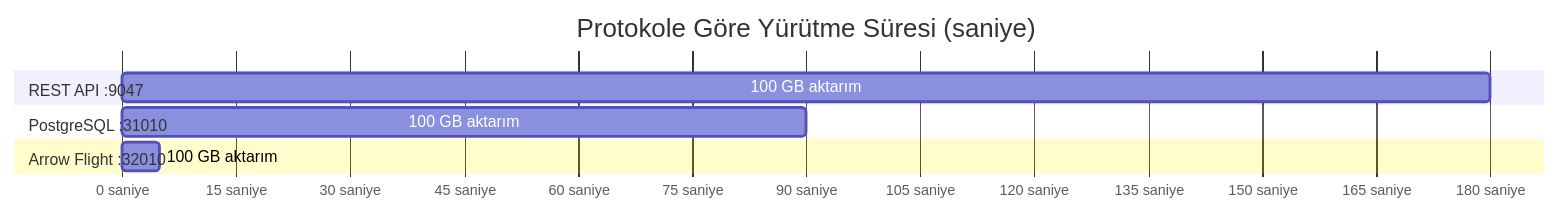
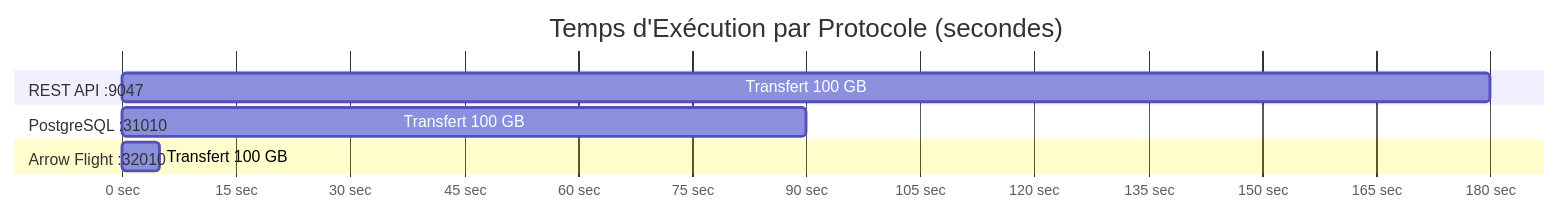
The third of 9 diagrams in docs/i18n/tr/architecture/dremio-ports-visual.md (Monsau/Talentys-OSS-Data-Platform), drawn with Mermaid before and after one commit. The commit also changed other lines of this file and 485 other files, not shown here.

First line of the commit message:
feat: v1.1.0 - Complete i18n roadmap, AI services, and data platform

````diff
--- a/docs/i18n/tr/architecture/dremio-ports-visual.md
+++ b/docs/i18n/tr/architecture/dremio-ports-visual.md
@@ -121,15 +121,15 @@
 ```mermaid
 gantt
-    title Protokole Göre Yürütme Süresi (saniye)
+    title Temps d'Exécution par Protocole (secondes)
     dateFormat X
-    axisFormat %s saniye
+    axisFormat %s sec
     
     section REST API :9047
-    100 GB aktarım     :0, 180
+    Transfert 100 GB     :0, 180
     
     section PostgreSQL :31010
-    100 GB aktarım     :0, 90
+    Transfert 100 GB     :0, 90
     
     section Arrow Flight :32010
-    100 GB aktarım     :0, 5
+    Transfert 100 GB     :0, 5
 ```
````
